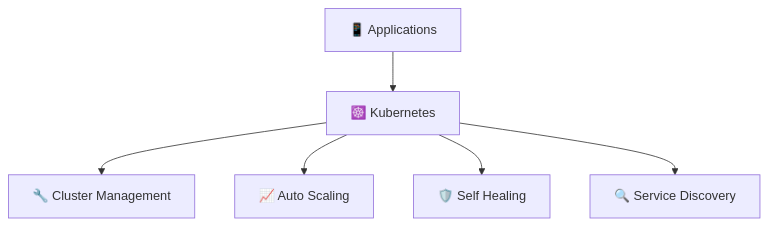
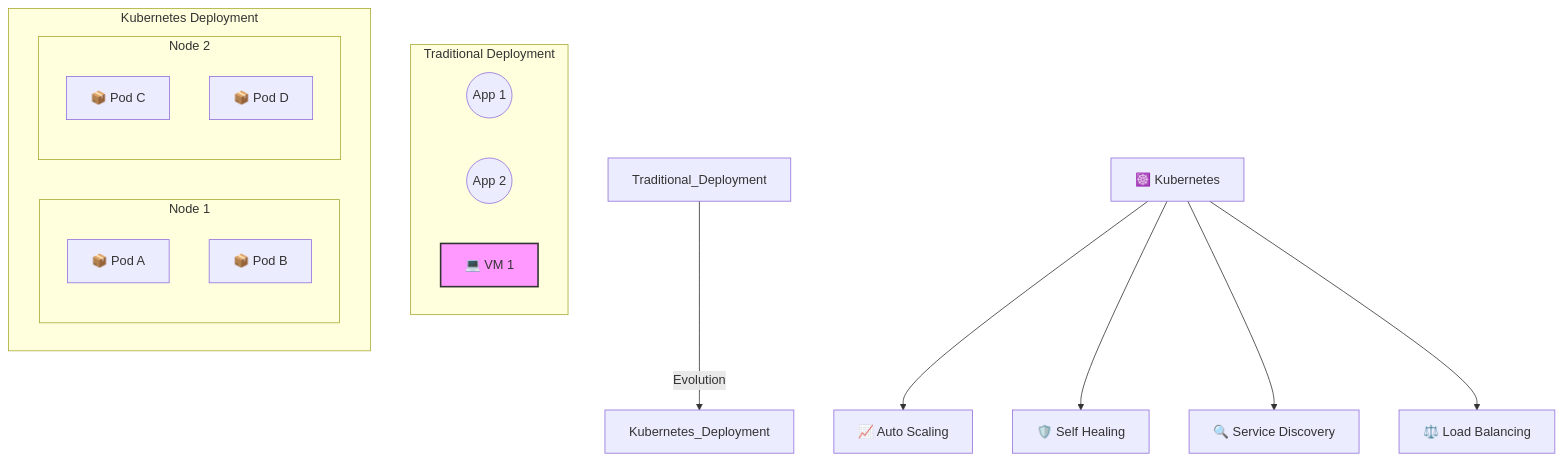
Before and after one commit to satishkumar-dhule/EA-SRE-prep: the first of 50 diagrams in Kubernetes_Visual_Interview_Prep.md, drawn with Mermaid. The commit also changed other lines of this file and 5 other files, not shown here.

````diff
--- a/Kubernetes_Visual_Interview_Prep.md
+++ b/Kubernetes_Visual_Interview_Prep.md
@@ -22,8 +22,28 @@
 ```mermaid
 graph TD
-    Apps[📱 Applications] --> K8s[☸️ Kubernetes]
-    K8s --> Cluster[🔧 Cluster Management]
-    K8s --> Scaling[📈 Auto Scaling]
-    K8s --> Healing[🛡️ Self Healing]
-    K8s --> Discovery[🔍 Service Discovery]
+    subgraph Traditional Deployment
+        App1_VM1((App 1))
+        App2_VM1((App 2))
+        VM1[💻 VM 1]:::vm
+    end
+
+    subgraph Kubernetes Deployment
+        subgraph Node 1
+            Pod1[📦 Pod A]
+            Pod2[📦 Pod B]
+        end
+        subgraph Node 2
+            Pod3[📦 Pod C]
+            Pod4[📦 Pod D]
+        end
+    end
+
+    Traditional_Deployment -- Evolution --> Kubernetes_Deployment
+
+    K8s[☸️ Kubernetes] --> AutoScaling[📈 Auto Scaling]
+    K8s --> SelfHealing[🛡️ Self Healing]
+    K8s --> ServiceDiscovery[🔍 Service Discovery]
+    K8s --> LoadBalancing[⚖️ Load Balancing]
+
+    classDef vm fill:#f9f,stroke:#333,stroke-width:2px;
 ```
````
